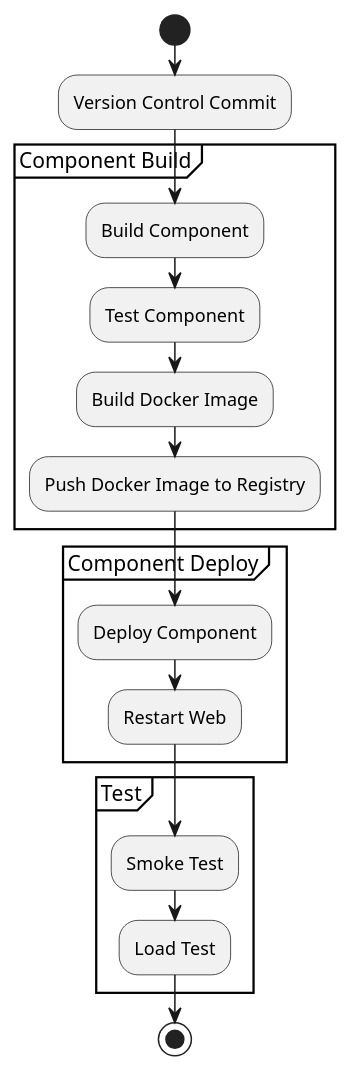
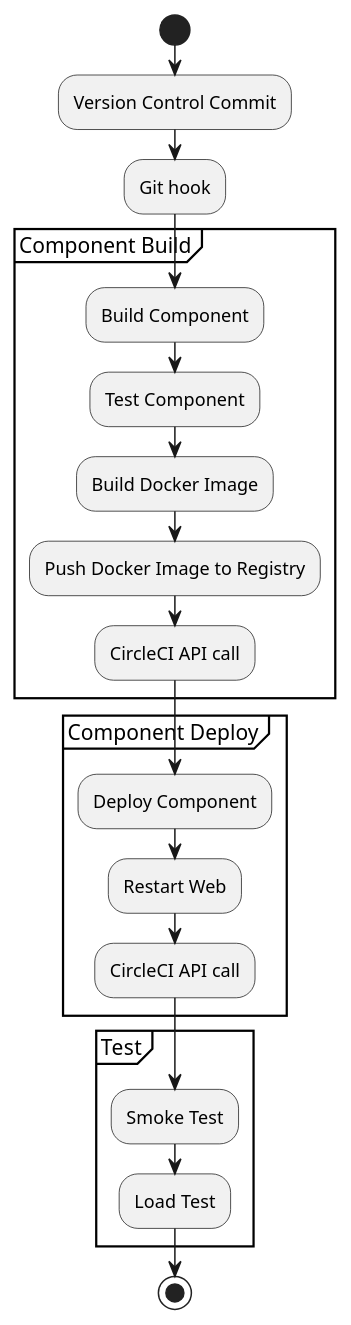
Before and after one commit to helios-games/helios-games: the diagram in ci.puml, drawn with PlantUML. The commit also changed 3 other files, not shown here.

```diff
--- a/ci.puml
+++ b/ci.puml
@@ -1,27 +1,30 @@
 @startuml
 
 skinparam shadowing false
-skinparam monochrome true
+'skinparam monochrome true
 skinparam componentStyle uml2
 
 start
 
 :Version Control Commit;
+:Git hook;
 partition "Component Build" {
   :Build Component;
   :Test Component;
   :Build Docker Image;
   :Push Docker Image to Registry;
+  :CircleCI API call;
 }
 partition "Component Deploy" {
   :Deploy Component;
   :Restart Web;
+  :CircleCI API call;
 }
 partition "Test" {
   :Smoke Test;
   :Load Test;
 }
 
 stop
 
 @enduml
```
